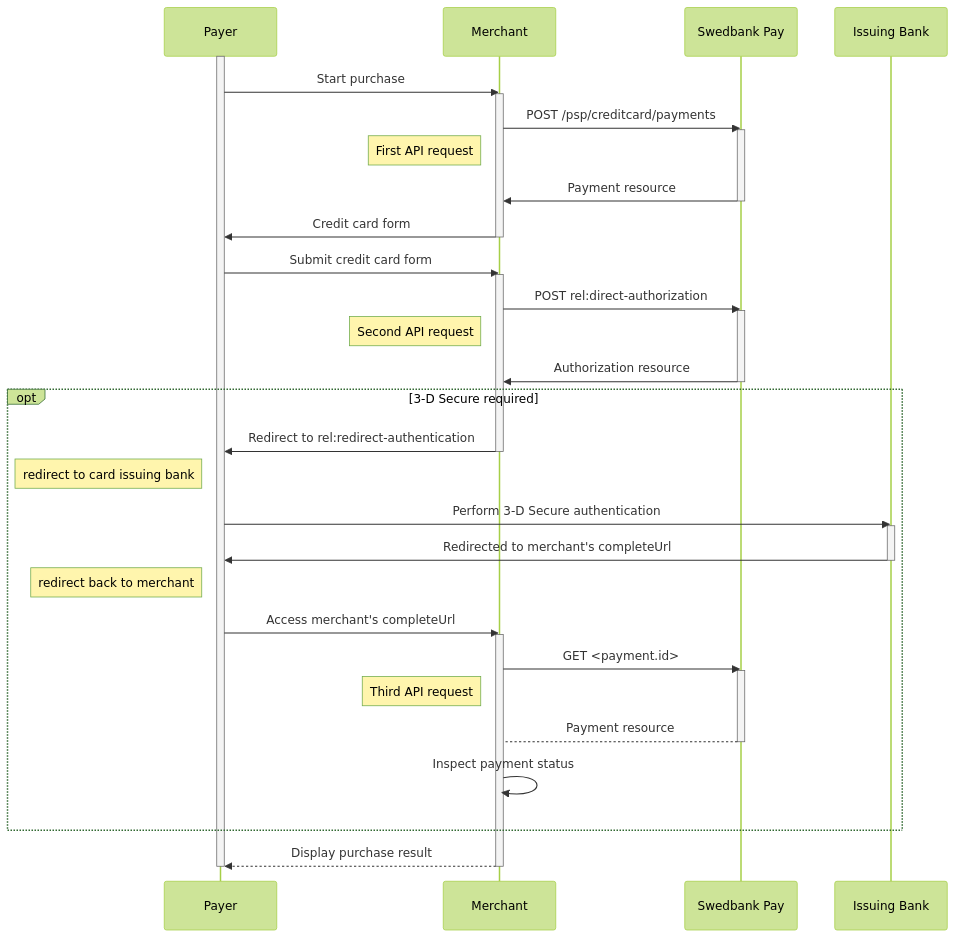
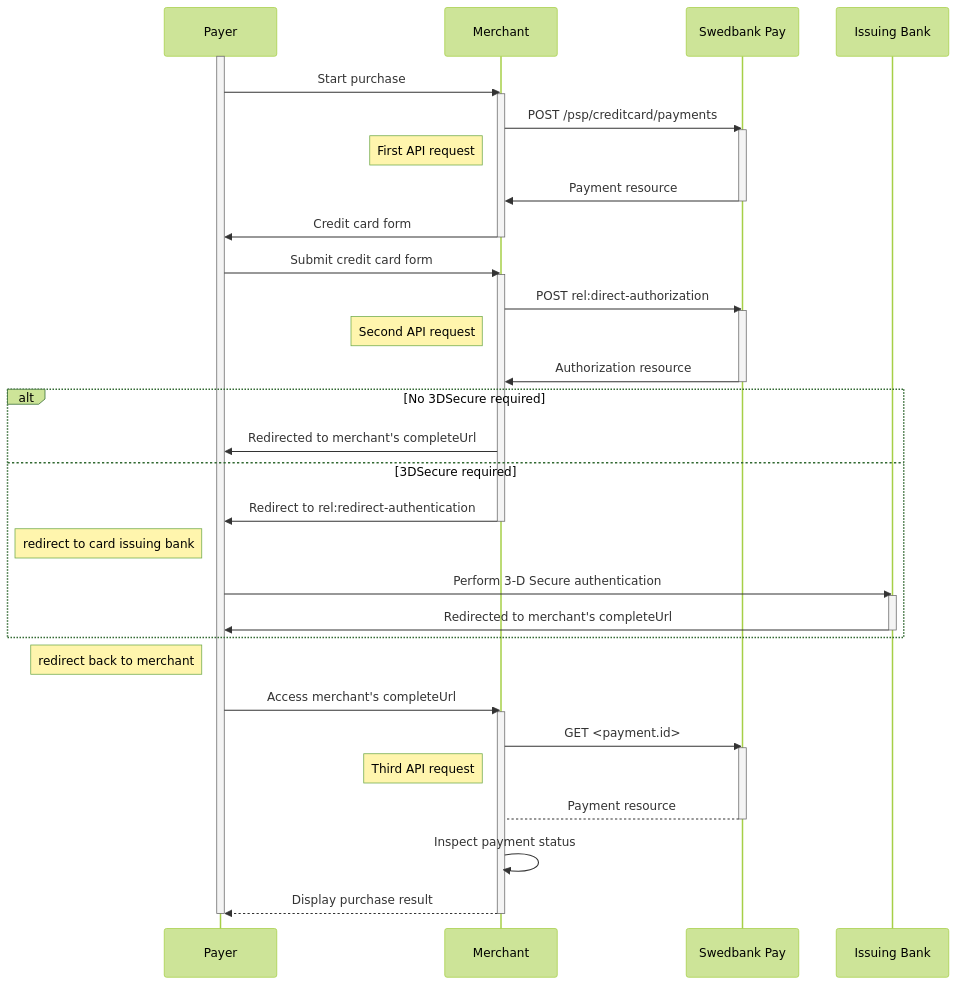
Before and after one commit to SwedbankPay/developer.swedbankpay.com: the diagram in payments/card/direct.md, drawn with Mermaid (forest theme). The commit also changed other lines of this file, not shown here.

Commit message:
dx-1007 correct Card direct diagram

`````diff
--- a/payments/card/direct.md
+++ b/payments/card/direct.md
@@ -344,47 +344,47 @@
 ```mermaid
 sequenceDiagram
-  participant Payer
-  participant Merchant
-  participant SwedbankPay as Swedbank Pay
-  participant IssuingBank as Issuing Bank
-
-  activate Payer
+    participant Payer
+    participant Merchant
+    participant SwedbankPay as Swedbank Pay
+    participant IssuingBank as Issuing Bank
+    activate Payer
     Payer->>Merchant: Start purchase
     activate Merchant
-      Merchant->>SwedbankPay: POST /psp/creditcard/payments
-      activate SwedbankPay
-        note left of Merchant: First API request
-        SwedbankPay->>Merchant: Payment resource
-      deactivate SwedbankPay
-      Merchant->>Payer: Credit card form
+    Merchant->>SwedbankPay: POST /psp/creditcard/payments
+    activate SwedbankPay
+    note left of Merchant: First API request
+    SwedbankPay->>Merchant: Payment resource
+    deactivate SwedbankPay
+    Merchant->>Payer: Credit card form
     deactivate Merchant
-
     Payer->>Merchant: Submit credit card form
     activate Merchant
-      Merchant->>SwedbankPay: POST rel:direct-authorization
-      activate SwedbankPay
-        note left of Merchant: Second API request
-        SwedbankPay->>Merchant: Authorization resource
-      deactivate SwedbankPay
-      opt 3-D Secure required
-        Merchant->>Payer: Redirect to rel:redirect-authentication
-        deactivate Merchant
-        note left of Payer: redirect to card issuing bank
-        Payer->>IssuingBank: Perform 3-D Secure authentication
-        activate IssuingBank
-          IssuingBank->>Payer: Redirected to merchant's completeUrl
-        deactivate IssuingBank
-        note left of Payer: redirect back to merchant
-        Payer->>Merchant: Access merchant's completeUrl
-        activate Merchant
-        Merchant->>SwedbankPay: GET <payment.id>
-        activate SwedbankPay
-          note left of Merchant: Third API request
-          SwedbankPay-->Merchant: Payment resource
-        deactivate SwedbankPay
-        Merchant->>Merchant: Inspect payment status
-      end
-      Merchant-->>Payer: Display purchase result
+    Merchant->>SwedbankPay: POST rel:direct-authorization
+    activate SwedbankPay
+    note left of Merchant: Second API request
+    SwedbankPay->>Merchant: Authorization resource
+    deactivate SwedbankPay
+        alt No 3DSecure required
+            Merchant->>Payer: Redirected to merchant's completeUrl
+        else 3DSecure required
+            Merchant->>Payer: Redirect to rel:redirect-authentication
+            deactivate Merchant
+            note left of Payer: redirect to card issuing bank
+            Payer->>IssuingBank: Perform 3-D Secure authentication
+            activate IssuingBank
+            IssuingBank->>Payer: Redirected to merchant's completeUrl
+            deactivate IssuingBank
+        end
+    note left of Payer: redirect back to merchant
+    Payer->>Merchant: Access merchant's completeUrl
+    activate Merchant
+    Merchant->>SwedbankPay: GET <payment.id>
+    activate SwedbankPay
+    note left of Merchant: Third API request
+    SwedbankPay-->Merchant: Payment resource
+    deactivate SwedbankPay
+    Merchant->>Merchant: Inspect payment status
+    Merchant-->>Payer: Display purchase result
     deactivate Merchant
-  deactivate Payer
-```
+    deactivate Payer
+  ````
`````
